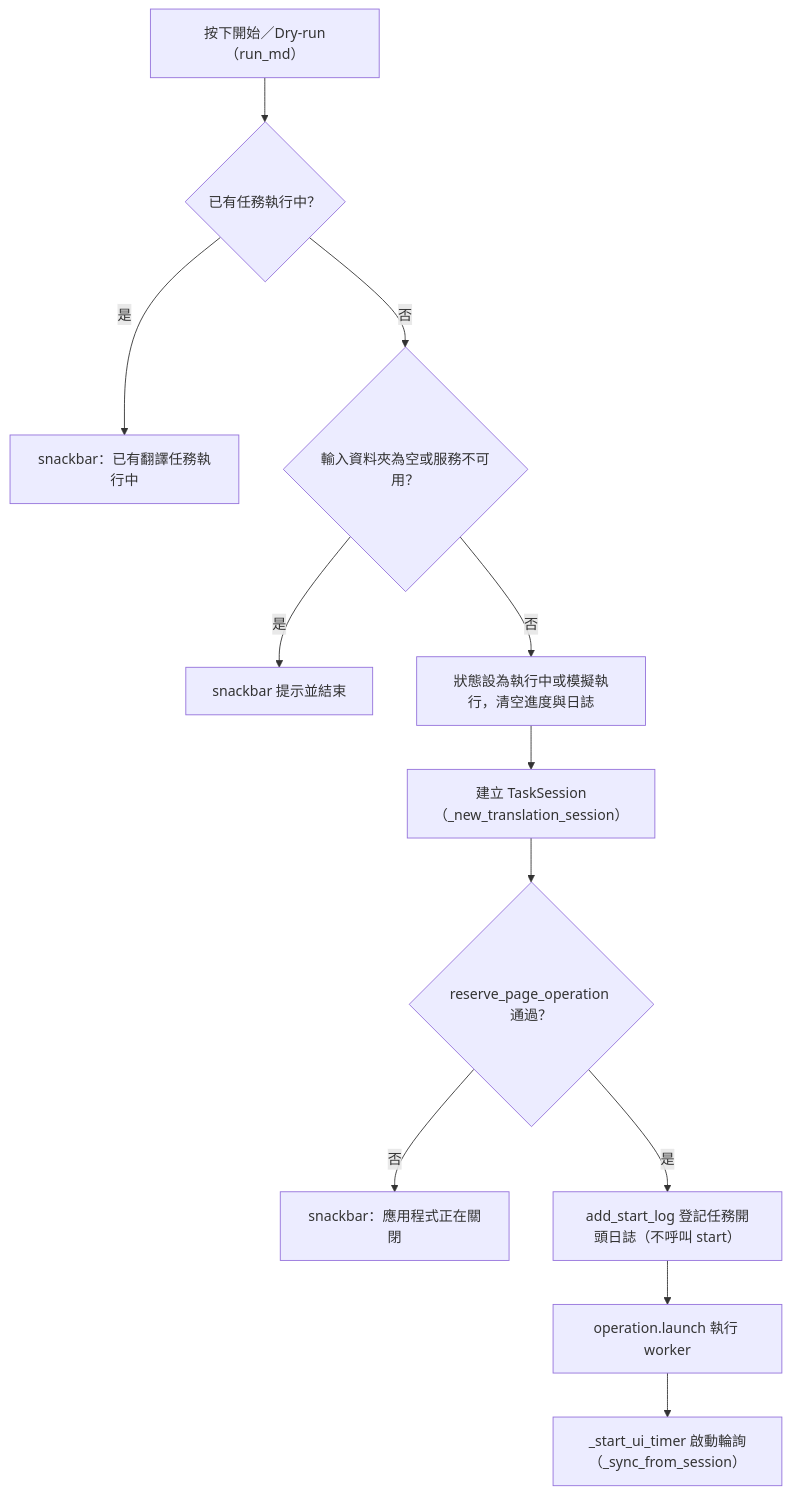
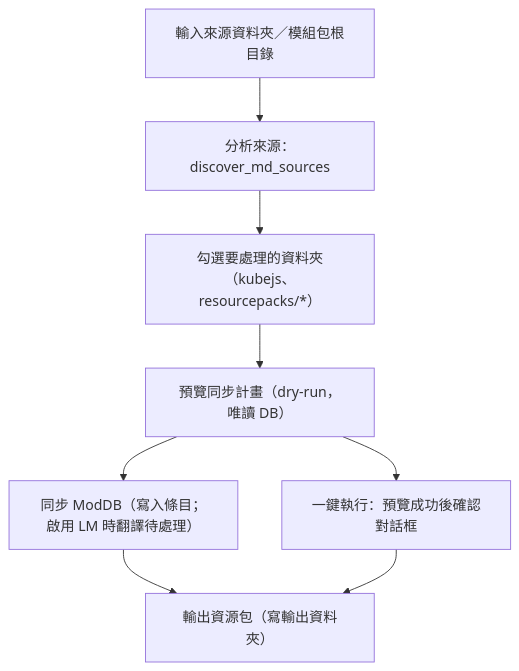
Before and after one commit to jlin53882/Minecraft-translate: the diagram in docs/page_flows/translation.md, drawn with Mermaid. The commit also changed other lines of this file and 34 other files, not shown here.

````diff
--- a/docs/page_flows/translation.md
+++ b/docs/page_flows/translation.md
@@ -18,14 +15,10 @@
 ```mermaid
 flowchart TD
-  A["按下開始／Dry-run（run_md）"] --> B{"已有任務執行中？"}
-  B -- 是 --> B1["snackbar：已有翻譯任務執行中"]
-  B -- 否 --> C{"輸入資料夾為空或服務不可用？"}
-  C -- 是 --> C1["snackbar 提示並結束"]
-  C -- 否 --> D["狀態設為執行中或模擬執行，清空進度與日誌"]
-  D --> E["建立 TaskSession（_new_translation_session）"]
-  E --> F{"reserve_page_operation 通過？"}
-  F -- 否 --> F1["snackbar：應用程式正在關閉"]
-  F -- 是 --> G["add_start_log 登記任務開頭日誌（不呼叫 start）"]
-  G --> H["operation.launch 執行 worker"]
-  H --> I["_start_ui_timer 啟動輪詢（_sync_from_session）"]
+  A["輸入來源資料夾／模組包根目錄"] --> B["分析來源：discover_md_sources"]
+  B --> C["勾選要處理的資料夾（kubejs、resourcepacks/*）"]
+  C --> D["預覽同步計畫（dry-run，唯讀 DB）"]
+  D --> E["同步 ModDB（寫入條目；啟用 LM 時翻譯待處理）"]
+  E --> F["輸出資源包（寫輸出資料夾）"]
+  D --> G["一鍵執行：預覽成功後確認對話框"]
+  G --> F
 ```
````
